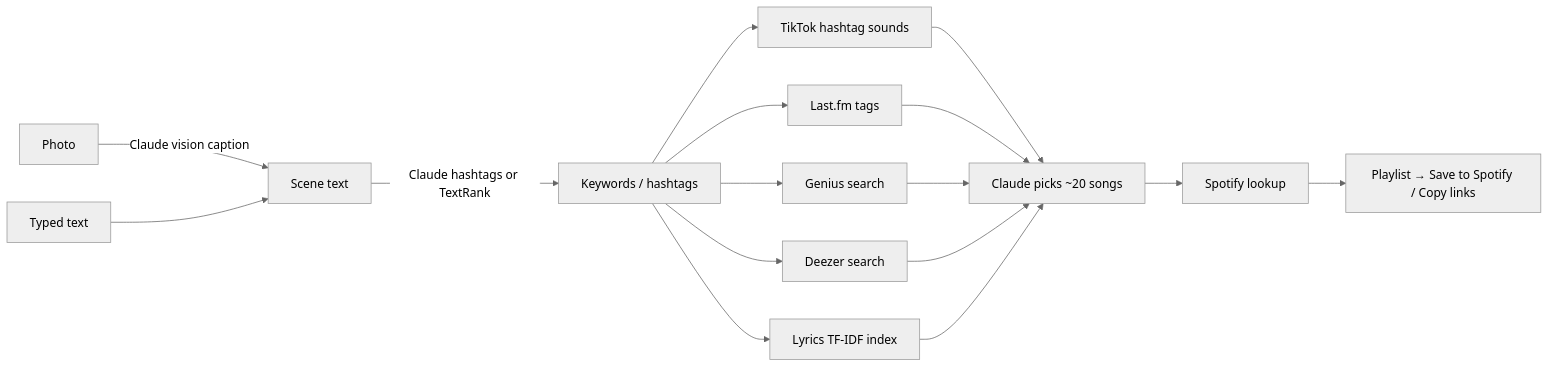
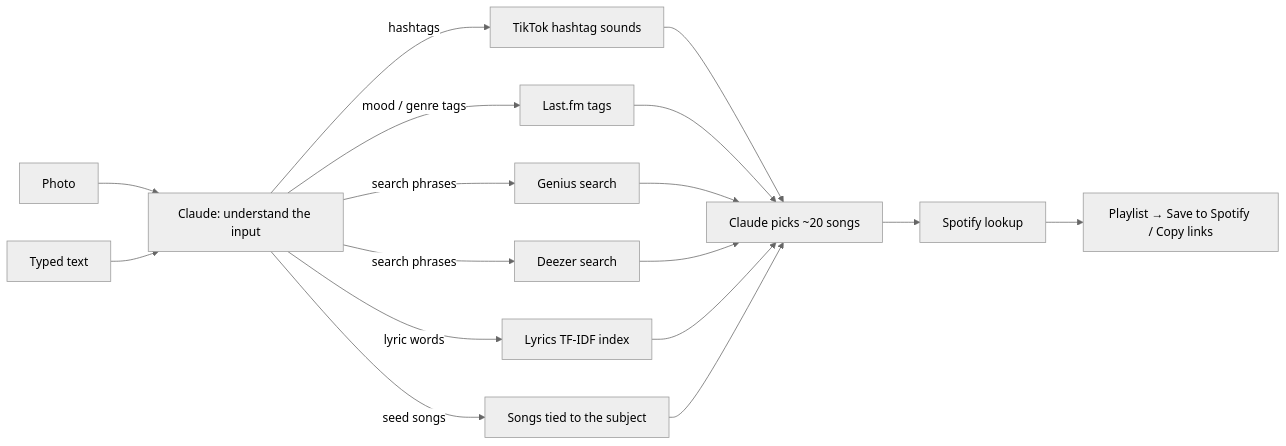
One commit to buahomy/MELODRIP-Image-to-Music-Playlist-Generator changed the diagram in README.md. Above: the diagram before and after it, drawn with Mermaid (neutral theme). The commit also changed other lines of this file and 6 other files, not shown here.

First line of the commit message:
Context-aware search: Claude plans what to search before any source runs

````diff
--- a/README.md
+++ b/README.md
@@ -15,14 +15,14 @@
 ```mermaid
 flowchart LR
-  A[Photo] -->|Claude vision caption| C[Scene text]
-  B[Typed text] --> C
-  C -->|Claude hashtags or TextRank| K[Keywords / hashtags]
-  K --> T[TikTok hashtag sounds]
-  K --> L[Last.fm tags]
-  K --> G[Genius search]
-  K --> D[Deezer search]
-  K --> X[Lyrics TF-IDF index]
-  T & L & G & D & X --> CL[Claude picks ~20 songs]
+  A[Photo] --> U[Claude: understand the input]
+  B[Typed text] --> U
+  U -->|hashtags| T[TikTok hashtag sounds]
+  U -->|mood / genre tags| L[Last.fm tags]
+  U -->|search phrases| G[Genius search]
+  U -->|search phrases| D[Deezer search]
+  U -->|lyric words| X[Lyrics TF-IDF index]
+  U -->|seed songs| SD[Songs tied to the subject]
+  T & L & G & D & X & SD --> CL[Claude picks ~20 songs]
   CL --> S[Spotify lookup]
   S --> P[Playlist → Save to Spotify / Copy links]
 ```
````
